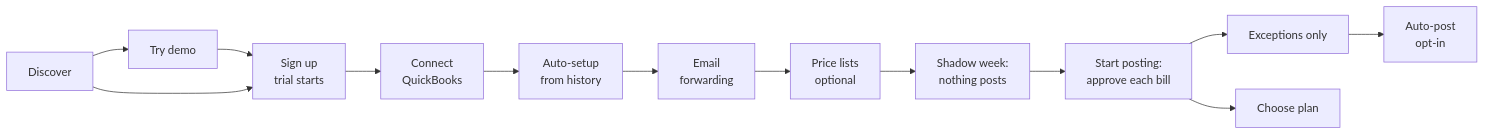
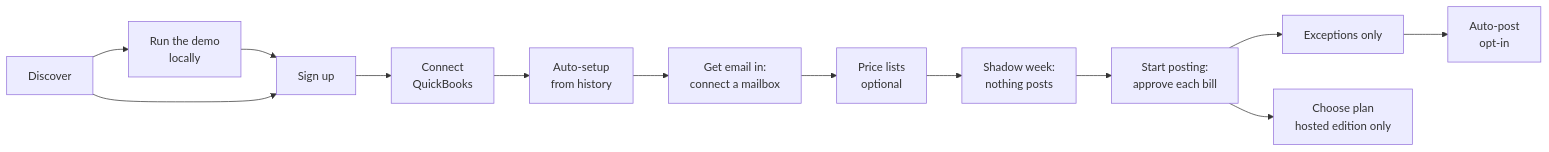
Before and after one commit to aryanonline/ap-agent-kit: the first of 2 diagrams in docs/02-customer-journey.md, drawn with Mermaid. The commit also changed other lines of this file and 13 other files, not shown here.

````diff
--- a/docs/02-customer-journey.md
+++ b/docs/02-customer-journey.md
@@ -12,15 +12,15 @@
 ```mermaid
 flowchart LR
-  A[Discover] --> B[Try demo]
-  B --> C[Sign up<br/>trial starts]
+  A[Discover] --> B[Run the demo<br/>locally]
+  B --> C[Sign up]
   A --> C
   C --> D[Connect<br/>QuickBooks]
   D --> E[Auto-setup<br/>from history]
-  E --> F[Email<br/>forwarding]
+  E --> F[Get email in:<br/>connect a mailbox]
   F --> G[Price lists<br/>optional]
   G --> H[Shadow week:<br/>nothing posts]
   H --> I[Start posting:<br/>approve each bill]
   I --> J[Exceptions only]
   J --> K[Auto-post<br/>opt-in]
-  I --> L[Choose plan]
+  I --> L[Choose plan<br/>hosted edition only]
 ```
````
